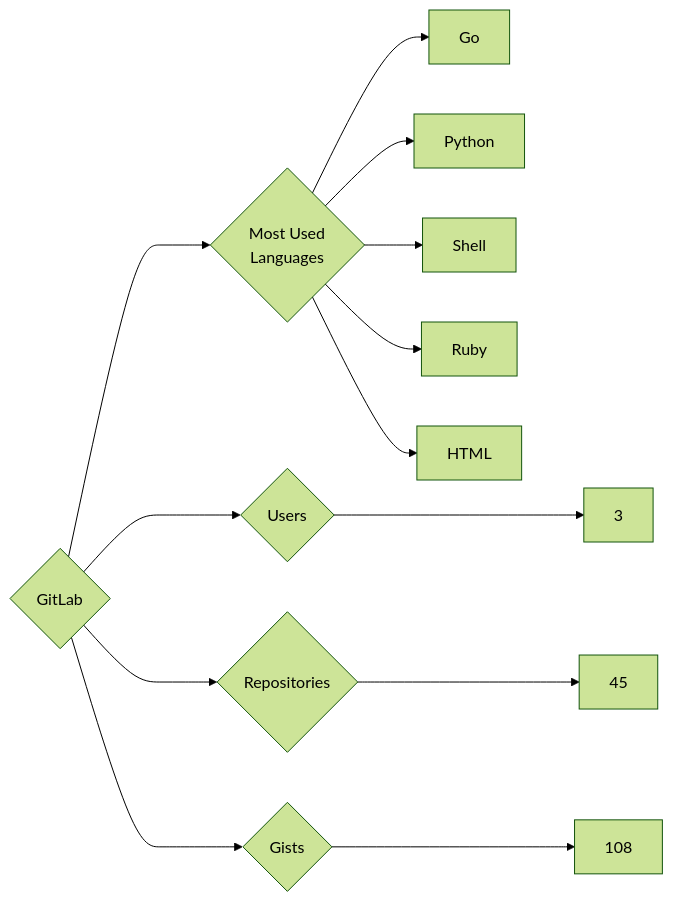
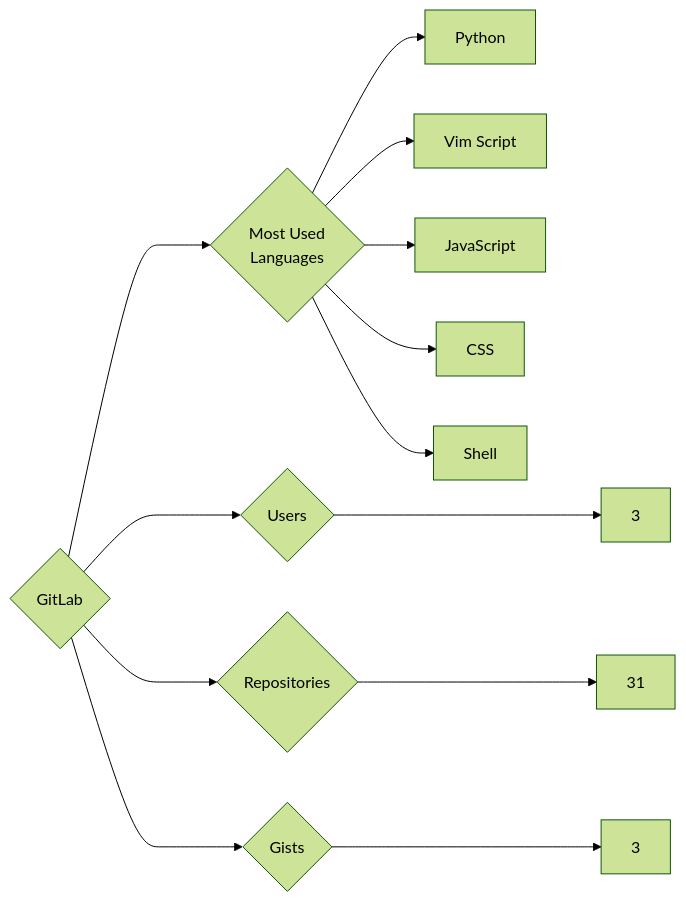
The diagram in targets/GitLab/README.md (trickest/insiders), drawn with Mermaid (forest theme) before and after one commit. The commit also changed 676 other files, not shown here.

````diff
--- a/targets/GitLab/README.md
+++ b/targets/GitLab/README.md
@@ -3,13 +3,13 @@
 ```mermaid
 graph LR
 COMPANY_NAME{GitLab}
 COMPANY_NAME ---> U{Users} ---> UN[3]
-COMPANY_NAME ---> R{Repositories} ---> RN[45]
-COMPANY_NAME ---> G{Gists} ---> GN[108]
+COMPANY_NAME ---> R{Repositories} ---> RN[31]
+COMPANY_NAME ---> G{Gists} ---> GN[3]
 COMPANY_NAME ---> ML{Most Used<br>Languages}
-ML --> Go[Go]
 ML --> Python[Python]
+ML --> Vim_Script[Vim Script]
+ML --> JavaScript[JavaScript]
+ML --> CSS[CSS]
 ML --> Shell[Shell]
-ML --> Ruby[Ruby]
-ML --> HTML[HTML]
 ```
````
